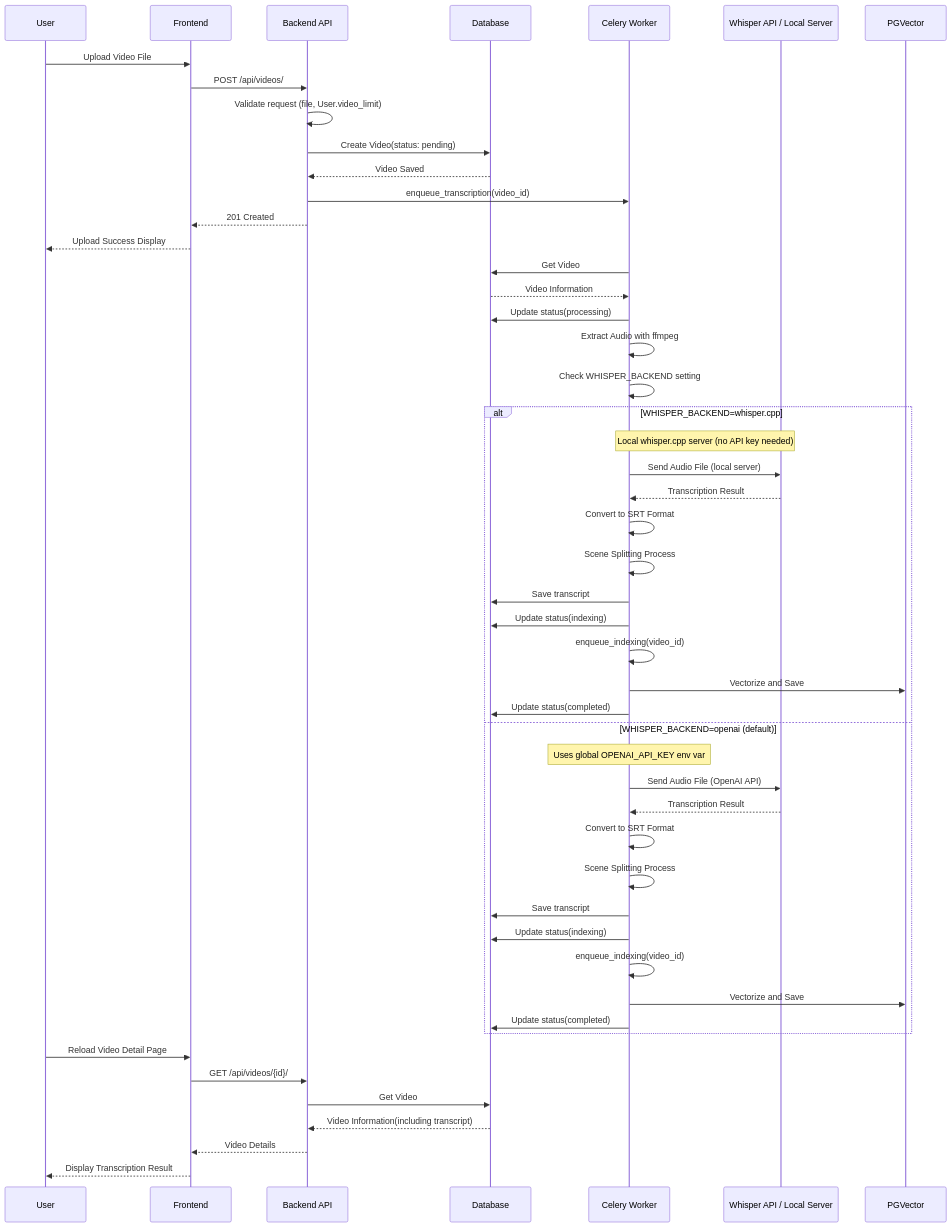
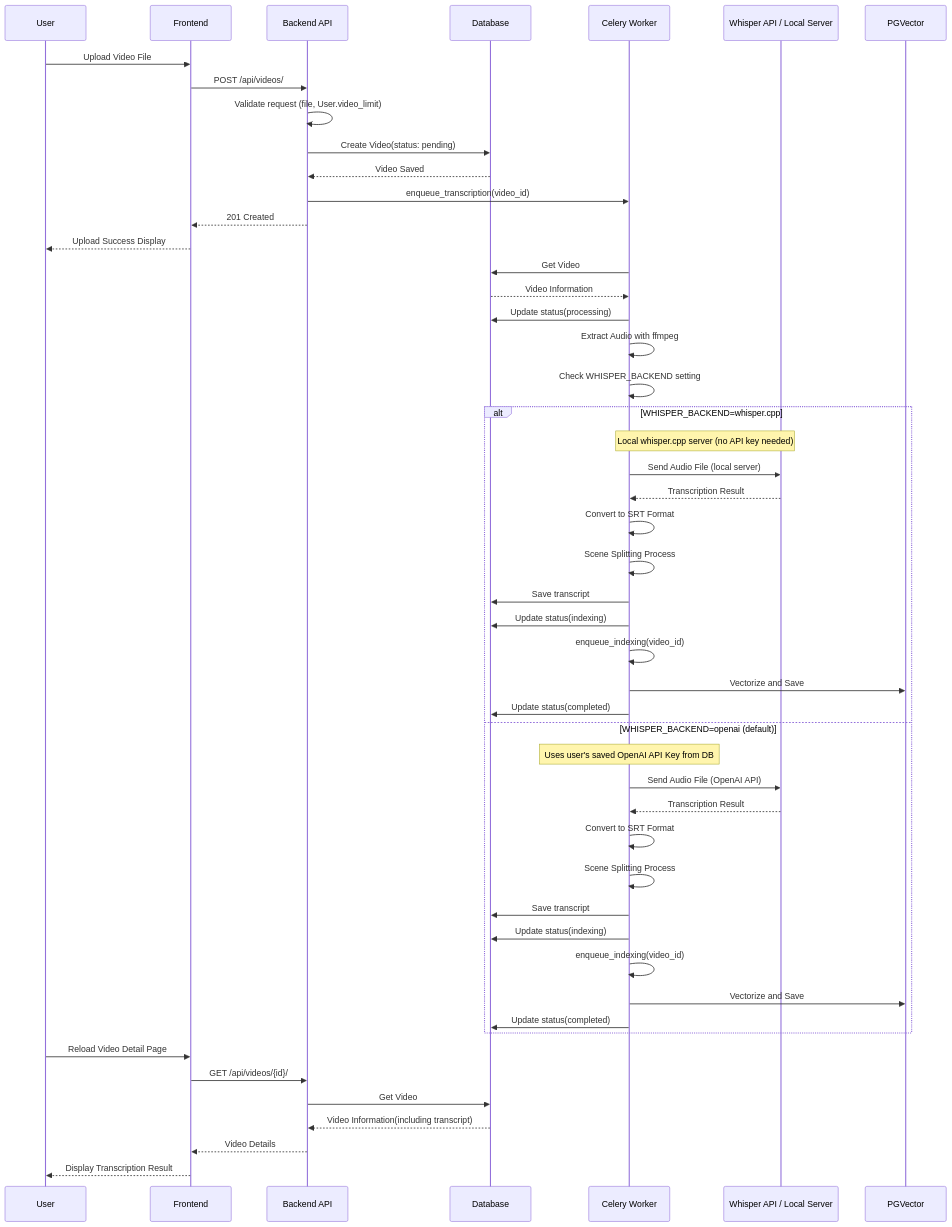
Before and after one commit to yukiharada1228/videoq: the first of 11 diagrams in docs/design/sequence-diagram.md, drawn with Mermaid. The commit also changed other lines of this file and 5 other files, not shown here.

````diff
--- a/docs/design/sequence-diagram.md
+++ b/docs/design/sequence-diagram.md
@@ -9,55 +9,55 @@
 ```mermaid
 sequenceDiagram
     participant User as User
     participant Frontend as Frontend
     participant Backend as Backend API
     participant DB as Database
     participant Celery as Celery Worker
     participant Whisper as Whisper API / Local Server
     participant PGVector as PGVector
 
     User->>Frontend: Upload Video File
     Frontend->>Backend: POST /api/videos/
     Backend->>Backend: Validate request (file, User.video_limit)
     Backend->>DB: Create Video(status: pending)
     DB-->>Backend: Video Saved
     Backend->>Celery: enqueue_transcription(video_id)
     Backend-->>Frontend: 201 Created
     Frontend-->>User: Upload Success Display
 
     Celery->>DB: Get Video
     DB-->>Celery: Video Information
     Celery->>DB: Update status(processing)
     Celery->>Celery: Extract Audio with ffmpeg
     Celery->>Celery: Check WHISPER_BACKEND setting
     alt WHISPER_BACKEND=whisper.cpp
         Note over Celery,Whisper: Local whisper.cpp server (no API key needed)
         Celery->>Whisper: Send Audio File (local server)
         Whisper-->>Celery: Transcription Result
         Celery->>Celery: Convert to SRT Format
         Celery->>Celery: Scene Splitting Process
         Celery->>DB: Save transcript
         Celery->>DB: Update status(indexing)
         Celery->>Celery: enqueue_indexing(video_id)
         Celery->>PGVector: Vectorize and Save
         Celery->>DB: Update status(completed)
     else WHISPER_BACKEND=openai (default)
-        Note over Celery: Uses global OPENAI_API_KEY env var
+        Note over Celery: Uses user's saved OpenAI API Key from DB
         Celery->>Whisper: Send Audio File (OpenAI API)
         Whisper-->>Celery: Transcription Result
         Celery->>Celery: Convert to SRT Format
         Celery->>Celery: Scene Splitting Process
         Celery->>DB: Save transcript
         Celery->>DB: Update status(indexing)
         Celery->>Celery: enqueue_indexing(video_id)
         Celery->>PGVector: Vectorize and Save
         Celery->>DB: Update status(completed)
     end
     
     User->>Frontend: Reload Video Detail Page
     Frontend->>Backend: GET /api/videos/{id}/
     Backend->>DB: Get Video
     DB-->>Backend: Video Information(including transcript)
     Backend-->>Frontend: Video Details
     Frontend-->>User: Display Transcription Result
 ```
````
